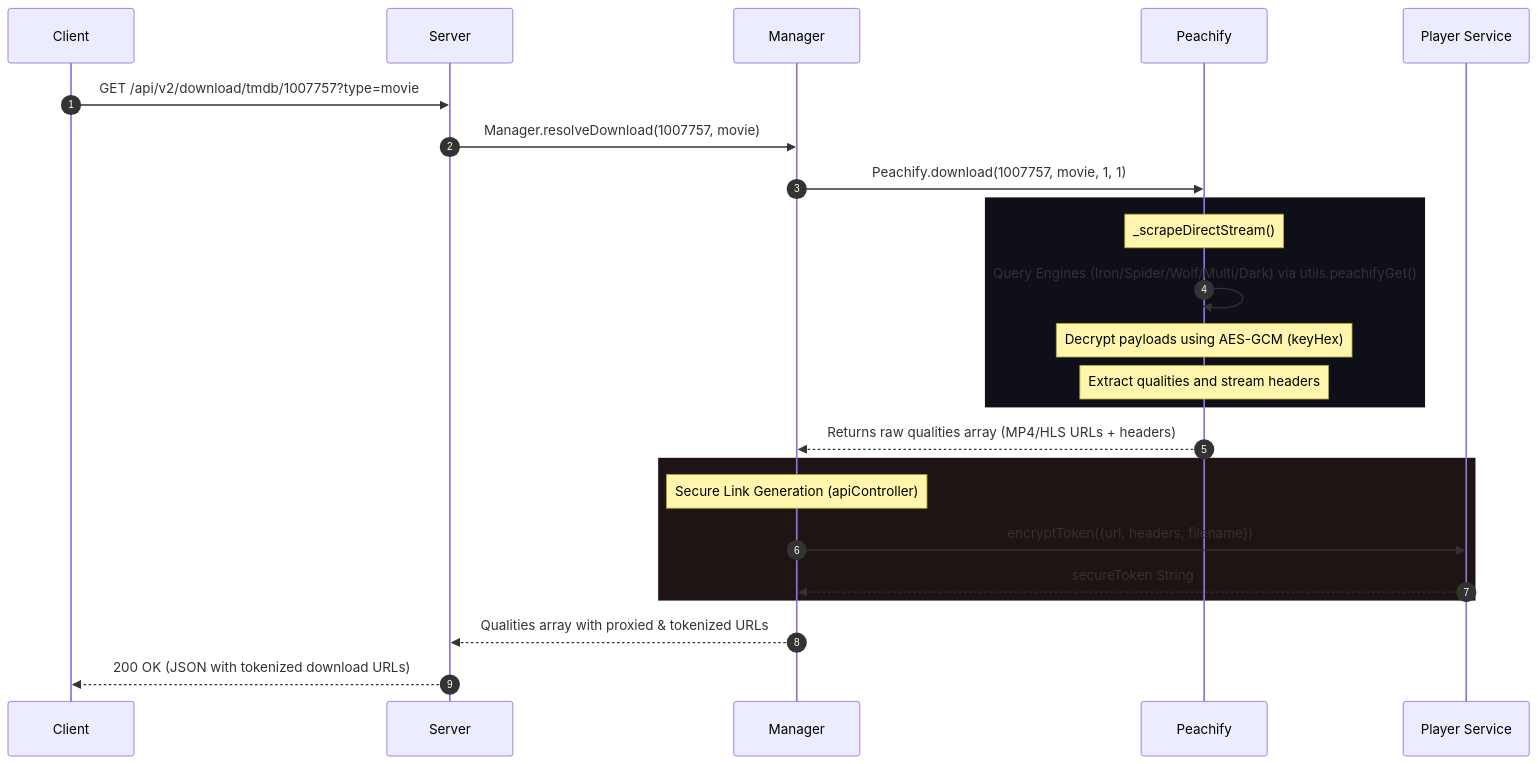
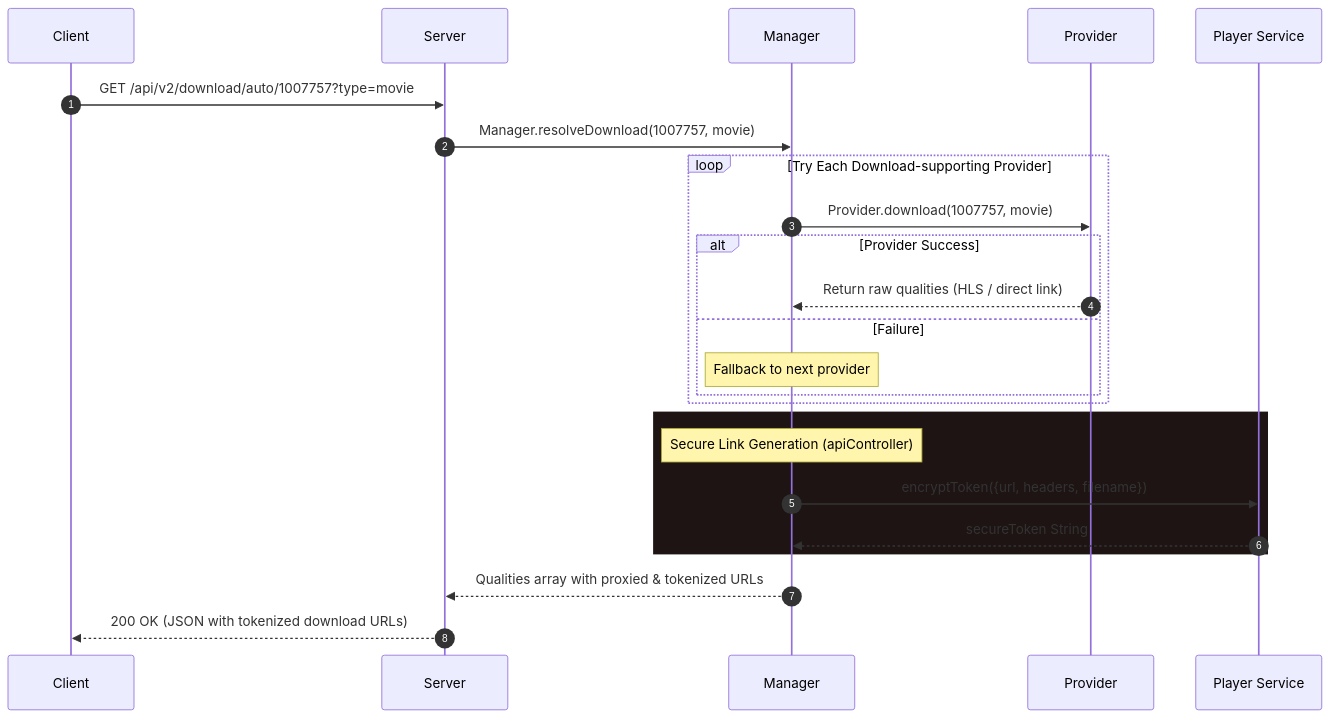
The fifth of 5 diagrams in api_flow_documentation.md (Kalaitechtubee/MovieZon-api), drawn with Mermaid before and after one commit. The commit also changed other lines of this file and 25 other files, not shown here.

````diff
--- a/api_flow_documentation.md
+++ b/api_flow_documentation.md
@@ -156,26 +178,24 @@
 ```mermaid
 sequenceDiagram
     autonumber
-    Client->>Server: GET /api/v2/download/tmdb/1007757?type=movie
+    Client->>Server: GET /api/v2/download/auto/1007757?type=movie
     Server->>Manager: Manager.resolveDownload(1007757, movie)
     
-    Manager->>Peachify: Peachify.download(1007757, movie, 1, 1)
-    
-    rect rgb(15, 15, 25)
-        Note over Peachify: _scrapeDirectStream()
-        Peachify->>Peachify: Query Engines (Iron/Spider/Wolf/Multi/Dark) via utils.peachifyGet()
-        Note over Peachify: Decrypt payloads using AES-GCM (keyHex)
-        Note over Peachify: Extract qualities and stream headers
+    loop Try Each Download-supporting Provider
+        Manager->>Provider: Provider.download(1007757, movie)
+        alt Provider Success
+            Provider-->>Manager: Return raw qualities (HLS / direct link)
+        else Failure
+            Note over Manager: Fallback to next provider
+        end
     end
-    
-    Peachify-->>Manager: Returns raw qualities array (MP4/HLS URLs + headers)
     
     rect rgb(30, 20, 20)
         Note over Manager: Secure Link Generation (apiController)
         Manager->>Player Service: encryptToken({url, headers, filename})
         Player Service-->>Manager: secureToken String
     end
     
     Manager-->>Server: Qualities array with proxied & tokenized URLs
     Server-->>Client: 200 OK (JSON with tokenized download URLs)
 ```
````
